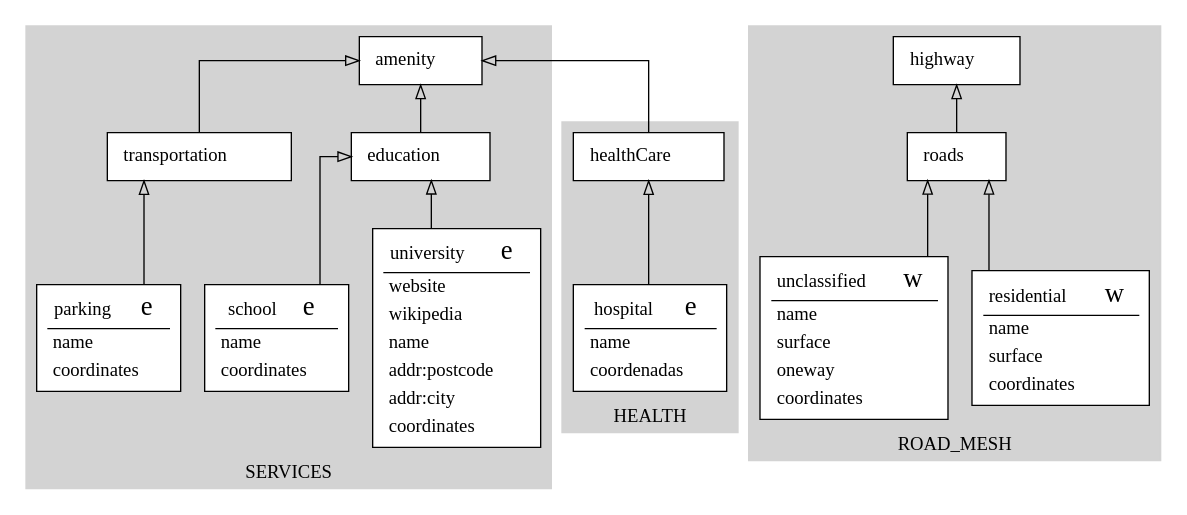
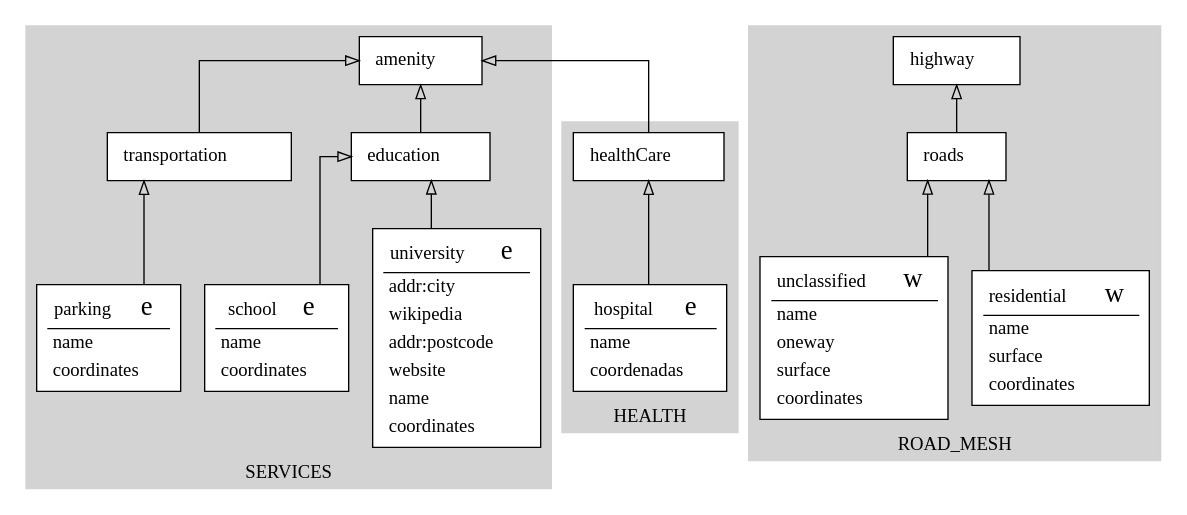
One commit to vinisperandio/OSM2Diagram_optmizated changed the diagram in schema.gv. Above: the diagram before and after it, drawn with Graphviz. The commit also changed other lines of this file and 1 other file, not shown here.

```diff
--- a/schema.gv
+++ b/schema.gv
@@ -1,171 +1,171 @@
 digraph structs { 
 	node [shape=box]
 	subgraph cluster_SERVICES {
 		node [color=black style=filled]
 		color=lightgrey style=filled
 		label=SERVICES
 		0[style = "filled, bold" penwidth = "1" fillcolor="white" label=<
 			<TABLE color="black" border="0">
 			 <TR>
 				<TD align="center"><font color="black">university</font>  
 				<font FACE="sigmoda" POINT-SIZE="20.0"> e</font></TD>
 			</TR>
 			<hr/>
 			<TR>
-				<TD align="left">website</TD>
+				<TD align="left">addr:city</TD>
 			 </TR>
 			<TR>
 				<TD align="left">wikipedia</TD>
 			 </TR>
 			<TR>
-				<TD align="left">name</TD>
-			 </TR>
-			<TR>
 				<TD align="left">addr:postcode</TD>
 			 </TR>
 			<TR>
-				<TD align="left">addr:city</TD>
+				<TD align="left">website</TD>
+			 </TR>
+			<TR>
+				<TD align="left">name</TD>
 			 </TR>
 			<TR>
 				<TD align="left">coordinates</TD>
 			 </TR>
 			</TABLE>>]
 		1[style = "filled, bold" penwidth = "1" fillcolor="white" label=<
 			<TABLE color="black" border="0">
 			 <TR>
 				<TD align="center"><font color="black">amenity</font>  </TD>
 			</TR>
 			</TABLE>>]
 		2[style = "filled, bold" penwidth = "1" fillcolor="white" label=<
 			<TABLE color="black" border="0">
 			 <TR>
 				<TD align="center"><font color="black">school</font>  
 				<font FACE="sigmoda" POINT-SIZE="20.0"> e</font></TD>
 			</TR>
 			<hr/>
 			<TR>
 				<TD align="left">name</TD>
 			 </TR>
 			<TR>
 				<TD align="left">coordinates</TD>
 			 </TR>
 			</TABLE>>]
 		3[style = "filled, bold" penwidth = "1" fillcolor="white" label=<
 			<TABLE color="black" border="0">
 			 <TR>
 				<TD align="center"><font color="black">parking</font>  
 				<font FACE="sigmoda" POINT-SIZE="20.0"> e</font></TD>
 			</TR>
 			<hr/>
 			<TR>
 				<TD align="left">name</TD>
 			 </TR>
 			<TR>
 				<TD align="left">coordinates</TD>
 			 </TR>
 			</TABLE>>]
 		4[style = "filled, bold" penwidth = "1" fillcolor="white" label=<
 			<TABLE color="black" border="0">
 			 <TR>
 				<TD align="center"><font color="black">education</font>  </TD>
 			</TR>
 			</TABLE>>]
 		5[style = "filled, bold" penwidth = "1" fillcolor="white" label=<
 			<TABLE color="black" border="0">
 			 <TR>
 				<TD align="center"><font color="black">transportation</font>  </TD>
 			</TR>
 			</TABLE>>]
 	}
 	subgraph cluster_HEALTH {
 		node [color=black style=filled]
 		color=lightgrey style=filled
 		label=HEALTH
 		6[style = "filled, bold" penwidth = "1" fillcolor="white" label=<
 			<TABLE color="black" border="0">
 			 <TR>
 				<TD align="center"><font color="black">hospital</font>  
 				<font FACE="sigmoda" POINT-SIZE="20.0"> e</font></TD>
 			</TR>
 			<hr/>
 			<TR>
 				<TD align="left">name</TD>
 			 </TR>
 			<TR>
 				<TD align="left">coordenadas</TD>
 			 </TR>
 			</TABLE>>]
 		7[style = "filled, bold" penwidth = "1" fillcolor="white" label=<
 			<TABLE color="black" border="0">
 			 <TR>
 				<TD align="center"><font color="black">healthCare</font>  </TD>
 			</TR>
 			</TABLE>>]
 	}
 	subgraph cluster_ROAD_MESH {
 		node [color=black style=filled]
 		color=lightgrey style=filled
 		label=ROAD_MESH
 		8[style = "filled, bold" penwidth = "1" fillcolor="white" label=<
 			<TABLE color="black" border="0">
 			 <TR>
 				<TD align="center"><font color="black">residential</font>  
 				<font FACE="sigmoda" POINT-SIZE="20.0"> w</font></TD>
 			</TR>
 			<hr/>
 			<TR>
 				<TD align="left">name</TD>
 			 </TR>
 			<TR>
 				<TD align="left">surface</TD>
 			 </TR>
 			<TR>
 				<TD align="left">coordinates</TD>
 			 </TR>
 			</TABLE>>]
 		9[style = "filled, bold" penwidth = "1" fillcolor="white" label=<
 			<TABLE color="black" border="0">
 			 <TR>
 				<TD align="center"><font color="black">highway</font>  </TD>
 			</TR>
 			</TABLE>>]
 		10[style = "filled, bold" penwidth = "1" fillcolor="white" label=<
 			<TABLE color="black" border="0">
 			 <TR>
 				<TD align="center"><font color="black">unclassified</font>  
 				<font FACE="sigmoda" POINT-SIZE="20.0"> w</font></TD>
 			</TR>
 			<hr/>
 			<TR>
 				<TD align="left">name</TD>
 			 </TR>
 			<TR>
-				<TD align="left">surface</TD>
+				<TD align="left">oneway</TD>
 			 </TR>
 			<TR>
-				<TD align="left">oneway</TD>
+				<TD align="left">surface</TD>
 			 </TR>
 			<TR>
 				<TD align="left">coordinates</TD>
 			 </TR>
 			</TABLE>>]
 		11[style = "filled, bold" penwidth = "1" fillcolor="white" label=<
 			<TABLE color="black" border="0">
 			 <TR>
 				<TD align="center"><font color="black">roads</font>  </TD>
 			</TR>
 			</TABLE>>]
 	}
+		5 -> 1[arrowhead=onormal]
 		11 -> 9[arrowhead=onormal]
+		3 -> 5[arrowhead=onormal]
 		8 -> 11[arrowhead=onormal]
+		6 -> 7[arrowhead=onormal]
 		7 -> 1[arrowhead=onormal]
-		3 -> 5[arrowhead=onormal]
+		4 -> 1[arrowhead=onormal]
 		2 -> 4[arrowhead=onormal]
 		0 -> 4[arrowhead=onormal]
-		4 -> 1[arrowhead=onormal]
-		6 -> 7[arrowhead=onormal]
 		10 -> 11[arrowhead=onormal]
-		5 -> 1[arrowhead=onormal]
 	rankdir=BT
 	splines=ortho
 }
```
